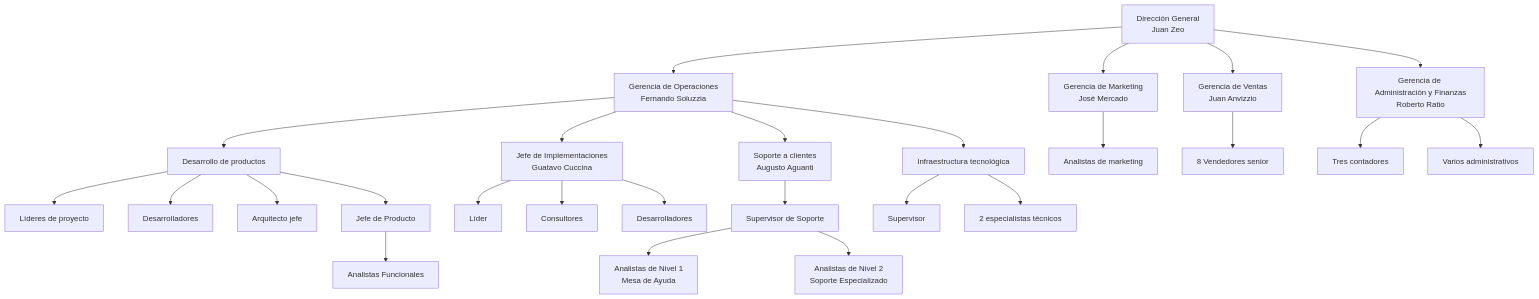
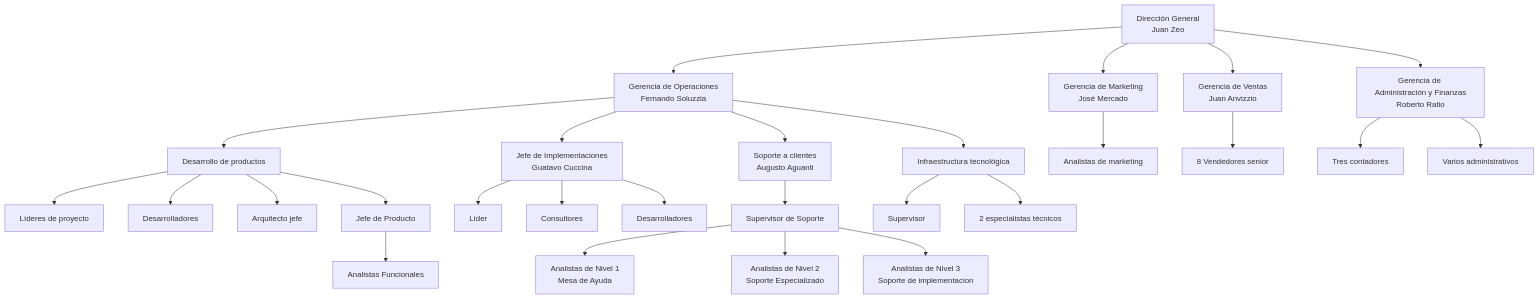
Before and after one commit to CrissRMFI/TPG-PSA: the diagram in docs/Organigrama/organigrama.md, drawn with Mermaid.

Commit message:
Agrego el nivel 3 en soporte al cliente. #5

````diff
--- a/docs/Organigrama/organigrama.md
+++ b/docs/Organigrama/organigrama.md
@@ -19,39 +19,40 @@
 ```mermaid
 graph TB
   A[Dirección General<br>Juan Zeo]
 
   A --> B[Gerencia de Operaciones<br>Fernando Soluzzia]
   A --> C[Gerencia de Marketing<br>José Mercado]
   A --> D[Gerencia de Ventas<br>Juan Anvizzio]
   A --> E[Gerencia de Administración y Finanzas<br>Roberto Ratio]
 
   B --> B1[Desarrollo de productos]
   B --> B2[Jefe de Implementaciones<br>Guatavo Cuccina]
   B --> B3[Soporte a clientes<br> Augusto Aguanti]
   B --> B4[Infraestructura tecnológica]
 
   B1 --> B1a[Líderes de proyecto]
   B1 --> B1b[Desarrolladores]
   B1 --> B1c[Arquitecto jefe]
   B1 --> B1d[Jefe de Producto]
 
   B1d --> B1d1[Analistas Funcionales]
 
   B2 --> B2a[Líder]
   B2 --> B2b[Consultores]
   B2 --> B2c[Desarrolladores]
 
   B3 --> B3a[Supervisor de Soporte]
   B3a --> B3b[Analistas de Nivel 1<br>Mesa de Ayuda]
   B3a --> B3c[Analistas de Nivel 2 <br>Soporte Especializado]
+  B3a --> B3d[Analistas de Nivel 3 <br>Soporte de implementacion]
 
   B4 --> B4a[Supervisor]
   B4 --> B4b[2 especialistas técnicos]
 
   C --> C1[Analistas de marketing]
 
   D --> D1[8 Vendedores senior]
 
   E --> E1[Tres contadores]
   E --> E2[Varios administrativos]
 ```
````
